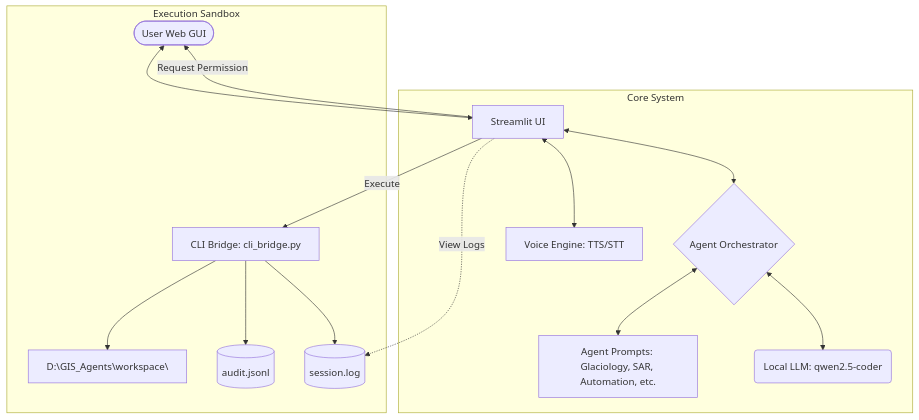
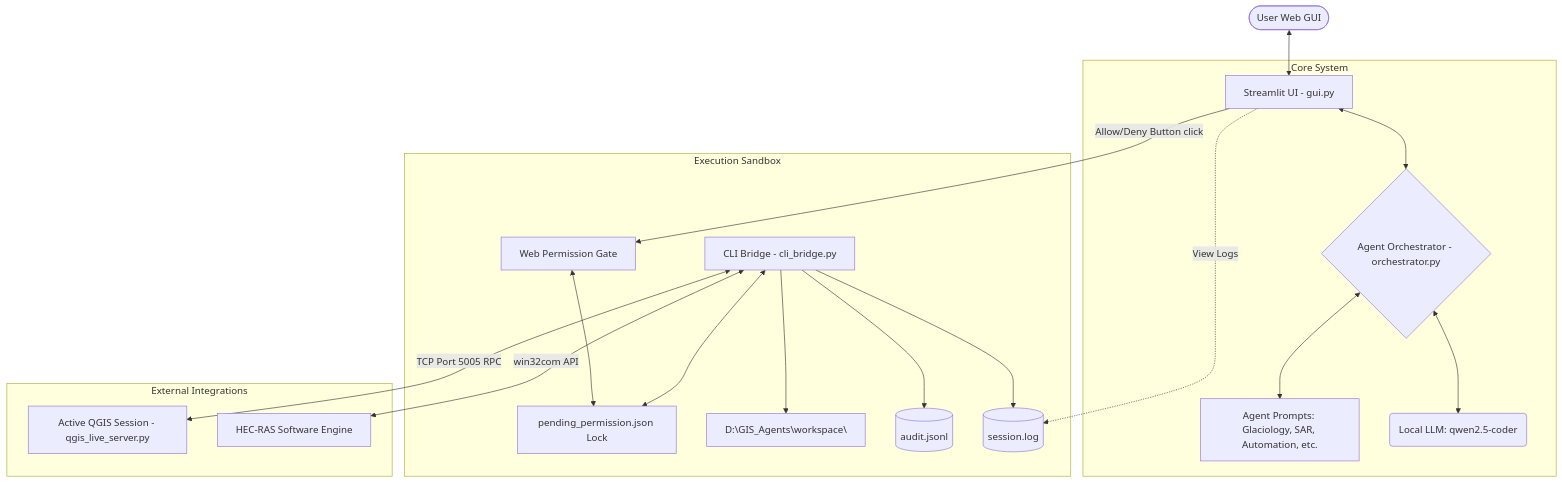
One commit to Khansuhai/GIS_Agents changed the diagram in README.md. Above: the diagram before and after it, drawn with Mermaid. The commit also changed other lines of this file and 7 other files, not shown here.

Commit message:
Implement Web Permission Gate, QGIS Live Link RPC, Interactive Map Previews, AOI Spatial Uploader, and GLOF & Dam Breach Simulator

````diff
--- a/README.md
+++ b/README.md
@@ -11,21 +11,26 @@
 ```mermaid
 graph TD
-    User([User Web GUI]) <--> GUI[Streamlit UI]
+    User([User Web GUI]) <--> GUI[Streamlit UI - gui.py]
     
     subgraph Core System
-        GUI <--> Orchestrator{Agent Orchestrator}
+        GUI <--> Orchestrator{Agent Orchestrator - orchestrator.py}
         Orchestrator <--> Agents[Agent Prompts: Glaciology, SAR, Automation, etc.]
         Orchestrator <--> Ollama(Local LLM: qwen2.5-coder)
-        GUI <--> VE[Voice Engine: TTS/STT]
     end
     
     subgraph Execution Sandbox
-        GUI -- Request Permission --> User
-        GUI -- Execute --> Bridge[CLI Bridge: cli_bridge.py]
+        GUI -- Allow/Deny Button click --> Gate[Web Permission Gate]
+        Gate <--> JSONLock[pending_permission.json Lock]
+        Bridge[CLI Bridge - cli_bridge.py] <--> JSONLock
         Bridge --> Sandbox[D:\GIS_Agents\workspace\]
         Bridge --> Audit[(audit.jsonl)]
         Bridge --> LiveLog[(session.log)]
     end
 
+    subgraph External Integrations
+        Bridge <-->|TCP Port 5005 RPC| QGIS[Active QGIS Session - qgis_live_server.py]
+        Bridge <-->|win32com API| HECRAS[HEC-RAS Software Engine]
+    end
+
     GUI -. View Logs .-> LiveLog
 ```
````
